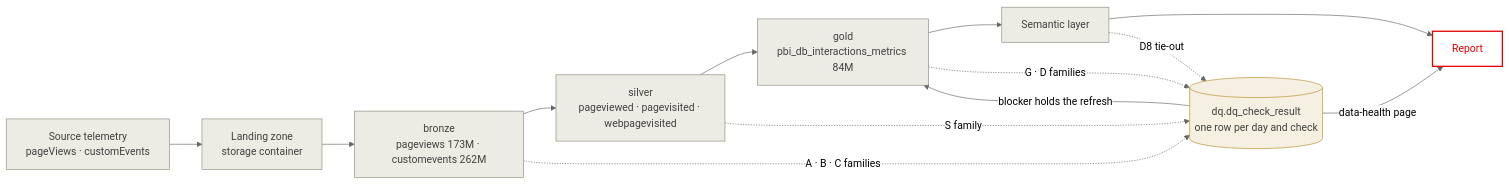
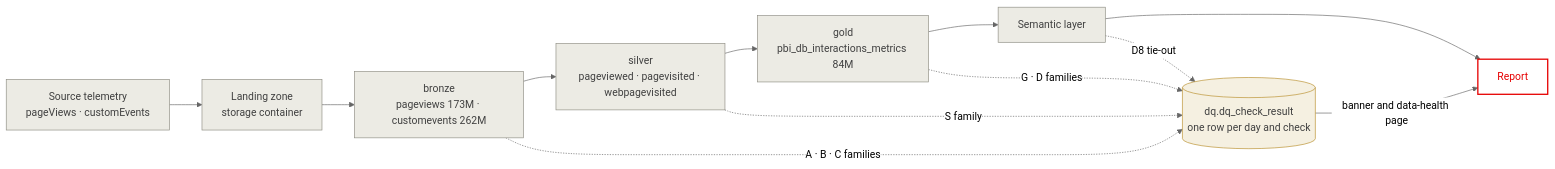
One commit to dallmi/Databricks changed the first of 2 diagrams in docs/BRD_data_integrity_monitoring.md. Above: the diagram before and after it, drawn with Mermaid (neutral theme). The commit also changed other lines of this file and 6 other files, not shown here.

````diff
--- a/docs/BRD_data_integrity_monitoring.md
+++ b/docs/BRD_data_integrity_monitoring.md
@@ -117,26 +117,25 @@
 ```mermaid
 flowchart LR
   SRC[Source telemetry<br/>pageViews · customEvents]
   LZ[Landing zone<br/>storage container]
   BRZ[bronze<br/>pageviews 173M · customevents 262M]
   SLV[silver<br/>pageviewed · pagevisited · webpagevisited]
   GLD[gold<br/>pbi_db_interactions_metrics 84M]
   SEM[Semantic layer]
   RPT[Report]
   DQ[(dq.dq_check_result<br/>one row per day and check)]
 
   SRC --> LZ --> BRZ --> SLV --> GLD --> SEM --> RPT
   BRZ -. "A · B · C families" .-> DQ
   SLV -. "S family" .-> DQ
   GLD -. "G · D families" .-> DQ
   SEM -. "D8 tie-out" .-> DQ
-  DQ -- "blocker holds the refresh" --> GLD
-  DQ -- "data-health page" --> RPT
+  DQ -- "banner and data-health page" --> RPT
 
   classDef store fill:#ECEBE4,stroke:#8E8D83,color:#404040;
   classDef res fill:#F5F0E1,stroke:#B98E2C,color:#404040;
   classDef out fill:#FFFFFF,stroke:#E60000,color:#E60000,stroke-width:2px;
   class SRC,LZ,BRZ,SLV,GLD,SEM store;
   class DQ res;
   class RPT out;
 ```
````
